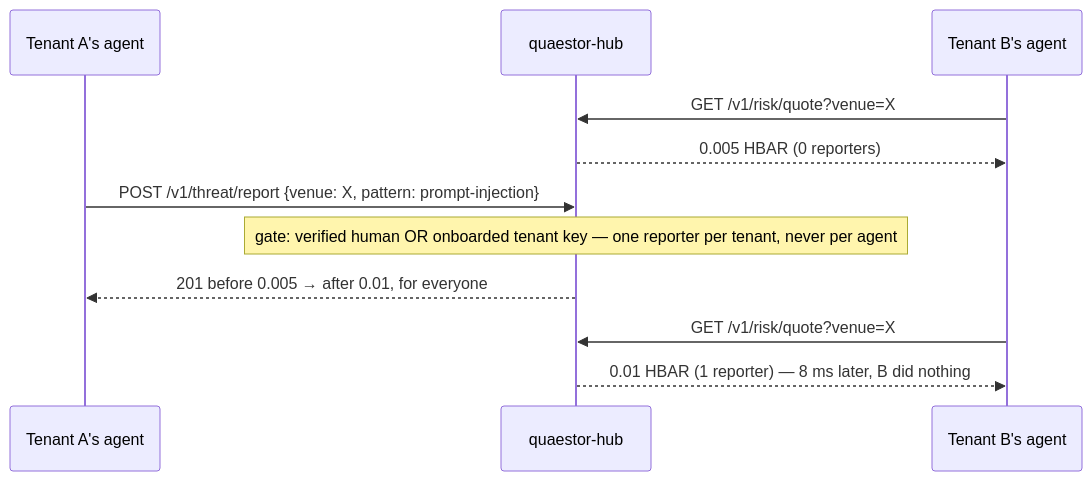
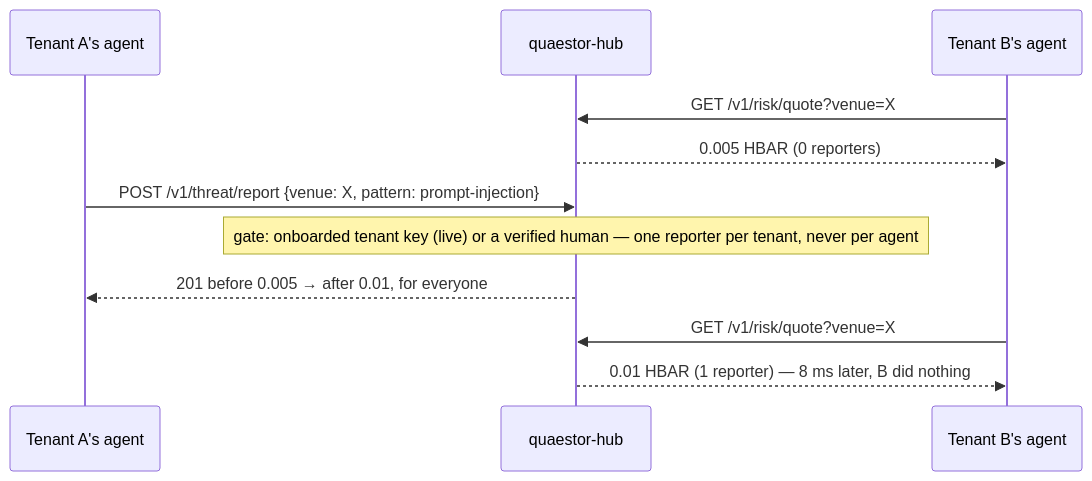
The third of 4 diagrams in docs/ARCHITECTURE.md (N-45div/Quaestor), drawn with Mermaid before and after one commit. The commit also changed 2 other files, not shown here.

Commit message:
docs: lead with the herd, and say exactly what the reporter gate is today
The old lede's second sentence — 'one governed endpoint that enforces the
owner's budget on-chain' — is the sentence every agent-guardrail project is
writing this month. The thing none of them can write is that a guardrail gets
stronger when someone else is attacked, so that goes first now.

Also corrects an overclaim: the permit multiplier counts one reporter per
onboarded tenant, not per verified human. The two-tier gate exists in code but
only the tenant tier is wired today, and the docs now say so, with the honest
limit stated next to the mechanic instead of buried.

````diff
--- a/docs/ARCHITECTURE.md
+++ b/docs/ARCHITECTURE.md
@@ -93,13 +93,13 @@
 ```mermaid
 sequenceDiagram
   participant A as Tenant A's agent
   participant Hub as quaestor-hub
   participant B as Tenant B's agent
   B->>Hub: GET /v1/risk/quote?venue=X
   Hub-->>B: 0.005 HBAR  (0 reporters)
   A->>Hub: POST /v1/threat/report {venue: X, pattern: prompt-injection}
-  Note over Hub: gate: verified human OR onboarded tenant key — one reporter per tenant, never per agent
+  Note over Hub: gate: onboarded tenant key (live) or a verified human — one reporter per tenant, never per agent
   Hub-->>A: 201  before 0.005 → after 0.01, for everyone
   B->>Hub: GET /v1/risk/quote?venue=X
   Hub-->>B: 0.01 HBAR  (1 reporter)   — 8 ms later, B did nothing
 ```
````
